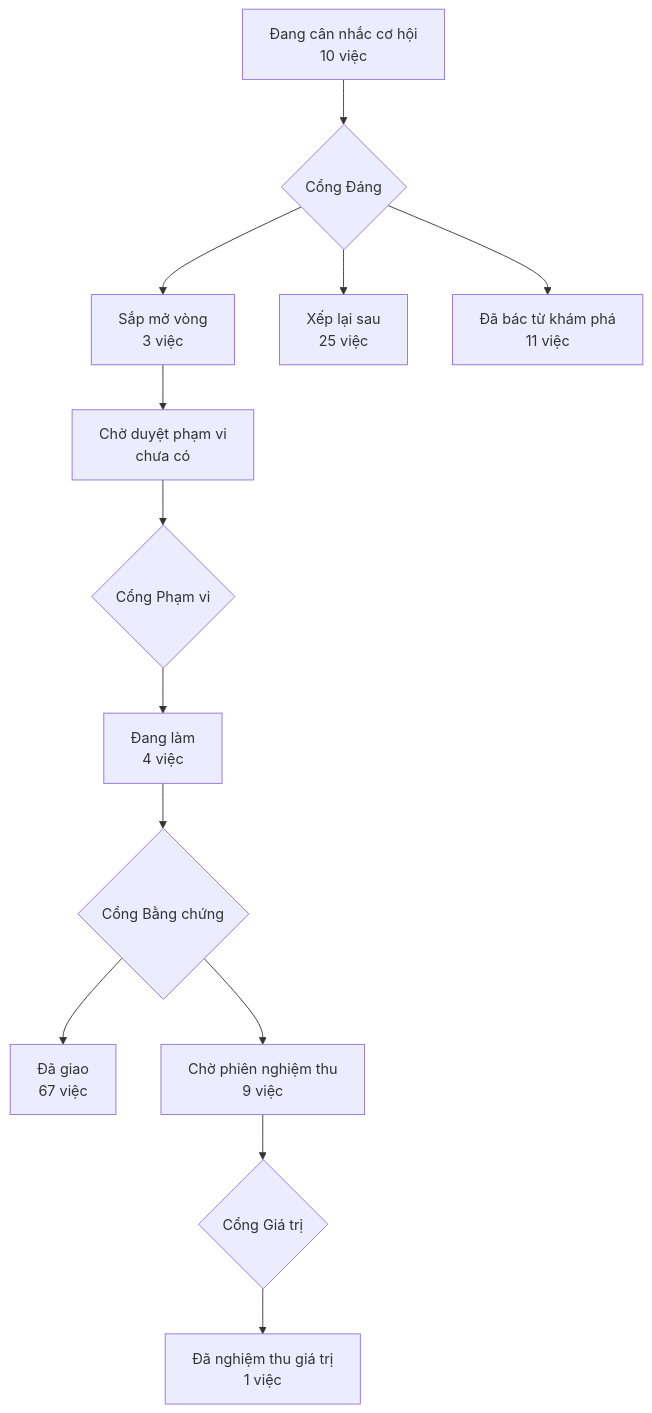
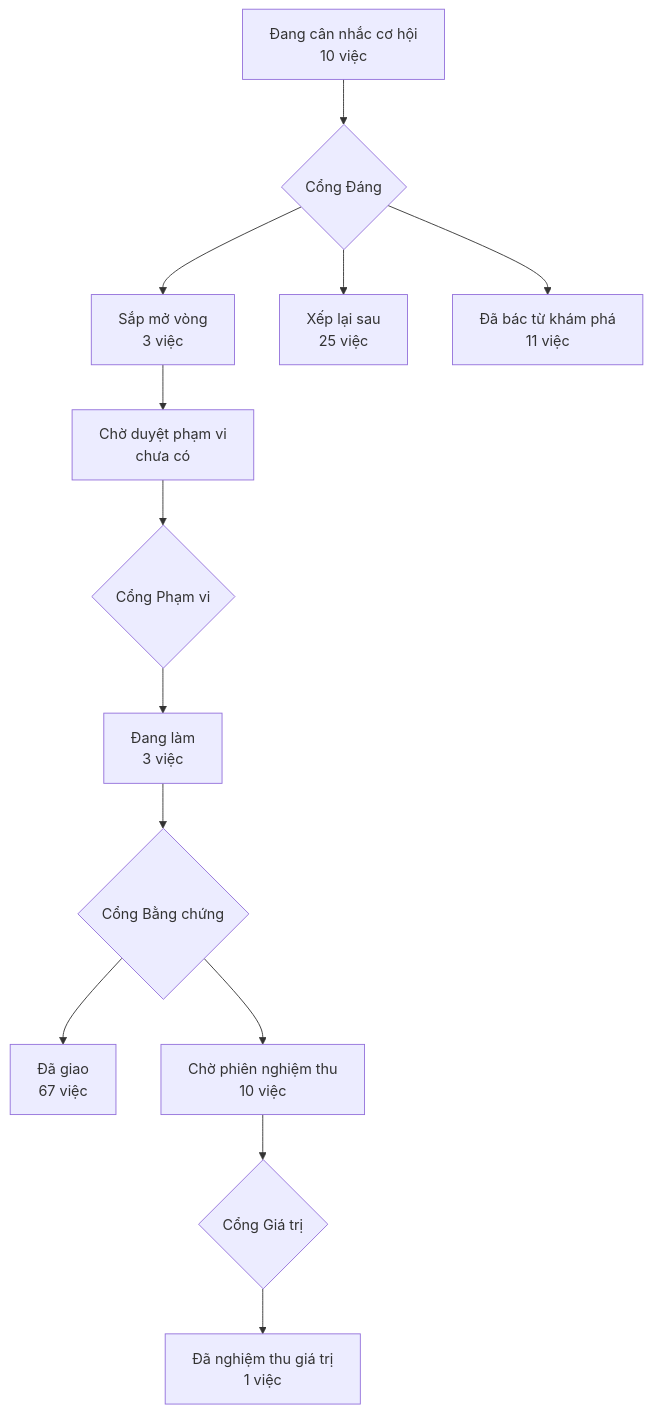
One commit to phanlemanh/acceptance-gate-kit changed the diagram in PRODUCT-MAP.md. Above: the diagram before and after it, drawn with Mermaid. The commit also changed 4 other files, not shown here.

````diff
--- a/PRODUCT-MAP.md
+++ b/PRODUCT-MAP.md
@@ -6,12 +6,12 @@
 ```mermaid
 flowchart TD
   A["Đang cân nhắc cơ hội<br/>10 việc"] --> GD{"Cổng Đáng"}
   GD --> B["Sắp mở vòng<br/>3 việc"]
   GD --> XL["Xếp lại sau<br/>25 việc"]
   GD --> DB["Đã bác từ khám phá<br/>11 việc"]
   B --> CD["Chờ duyệt phạm vi<br/>chưa có"] --> GP{"Cổng Phạm vi"}
-  GP --> DL["Đang làm<br/>4 việc"] --> GB{"Cổng Bằng chứng"}
+  GP --> DL["Đang làm<br/>3 việc"] --> GB{"Cổng Bằng chứng"}
   GB --> DG["Đã giao<br/>67 việc"]
-  GB --> CN["Chờ phiên nghiệm thu<br/>9 việc"] --> GG{"Cổng Giá trị"}
+  GB --> CN["Chờ phiên nghiệm thu<br/>10 việc"] --> GG{"Cổng Giá trị"}
   GG --> NT["Đã nghiệm thu giá trị<br/>1 việc"]
 ```
````
